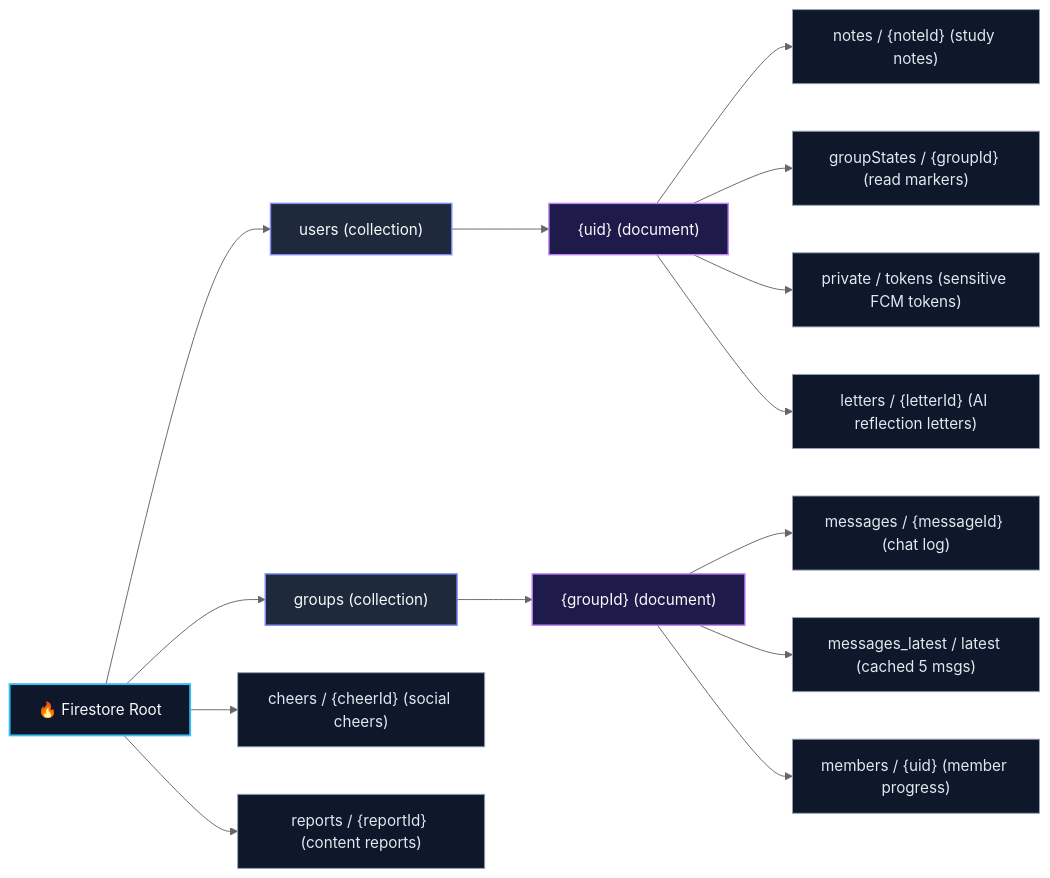
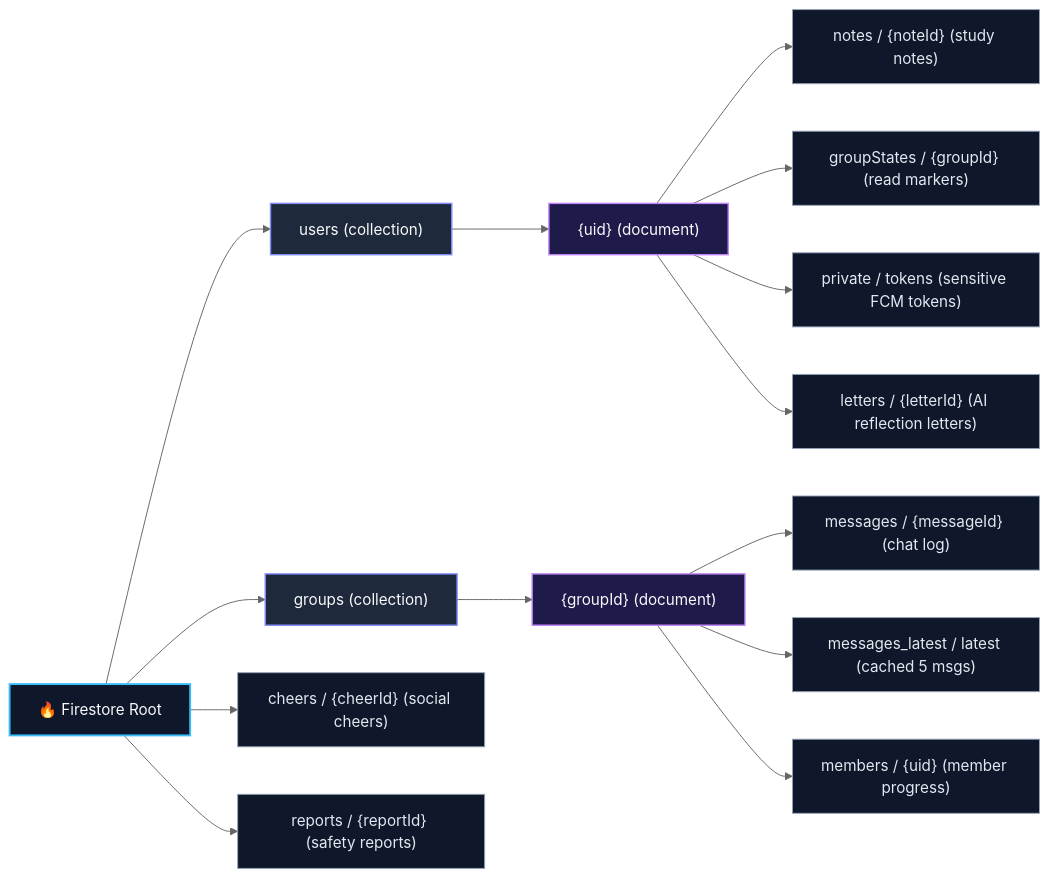
The second of 2 diagrams in docs/database-security.md (ScriptureHabit/scripture-habit), drawn with Mermaid (neutral theme) before and after one commit. The commit also changed other lines of this file and 57 other files, not shown here.

Commit message:
docs: refine documentation prose and add structured diagram breakdowns across JA and EN

````diff
--- a/docs/database-security.md
+++ b/docs/database-security.md
@@ -95,25 +106,25 @@
 ```mermaid
 flowchart LR
     classDef root fill:#0f172a,stroke:#38bdf8,stroke-width:2px,color:#f8fafc;
     classDef col fill:#1e293b,stroke:#818cf8,stroke-width:1.5px,color:#f8fafc;
     classDef doc fill:#1e1b4b,stroke:#c084fc,stroke-width:1.5px,color:#f8fafc;
     classDef sub fill:#0f172a,stroke:#94a3b8,stroke-width:1px,color:#e2e8f0;
 
     Root["🔥 Firestore Root"]:::root
 
     Root --> UsersCol["users (collection)"]:::col
     UsersCol --> UserDoc["{uid} (document)"]:::doc
     UserDoc --> Notes["notes / {noteId} (study notes)"]:::sub
     UserDoc --> GroupStates["groupStates / {groupId} (read markers)"]:::sub
     UserDoc --> Private["private / tokens (sensitive FCM tokens)"]:::sub
     UserDoc --> Letters["letters / {letterId} (AI reflection letters)"]:::sub
 
     Root --> GroupsCol["groups (collection)"]:::col
     GroupsCol --> GroupDoc["{groupId} (document)"]:::doc
     GroupDoc --> Messages["messages / {messageId} (chat log)"]:::sub
     GroupDoc --> MessagesLatest["messages_latest / latest (cached 5 msgs)"]:::sub
     GroupDoc --> Members["members / {uid} (member progress)"]:::sub
 
     Root --> CheersCol["cheers / {cheerId} (social cheers)"]:::sub
-    Root --> ReportsCol["reports / {reportId} (content reports)"]:::sub
+    Root --> ReportsCol["reports / {reportId} (safety reports)"]:::sub
 ```
````
